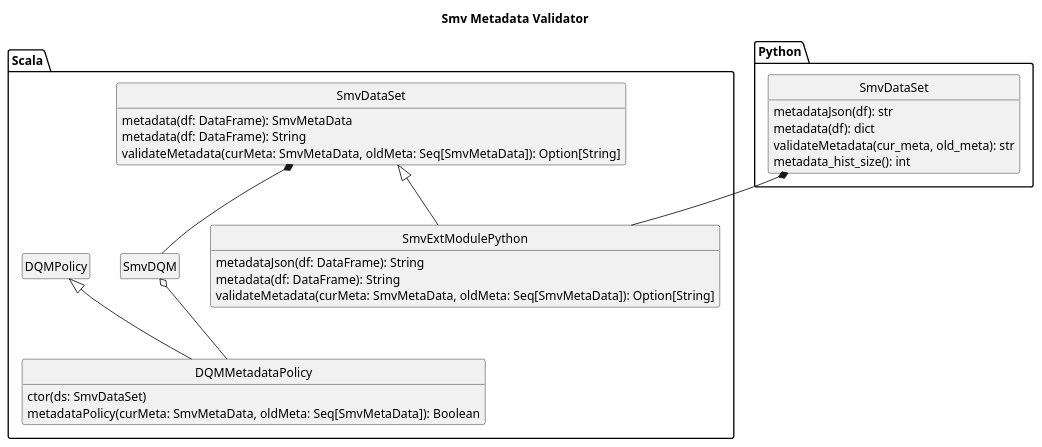
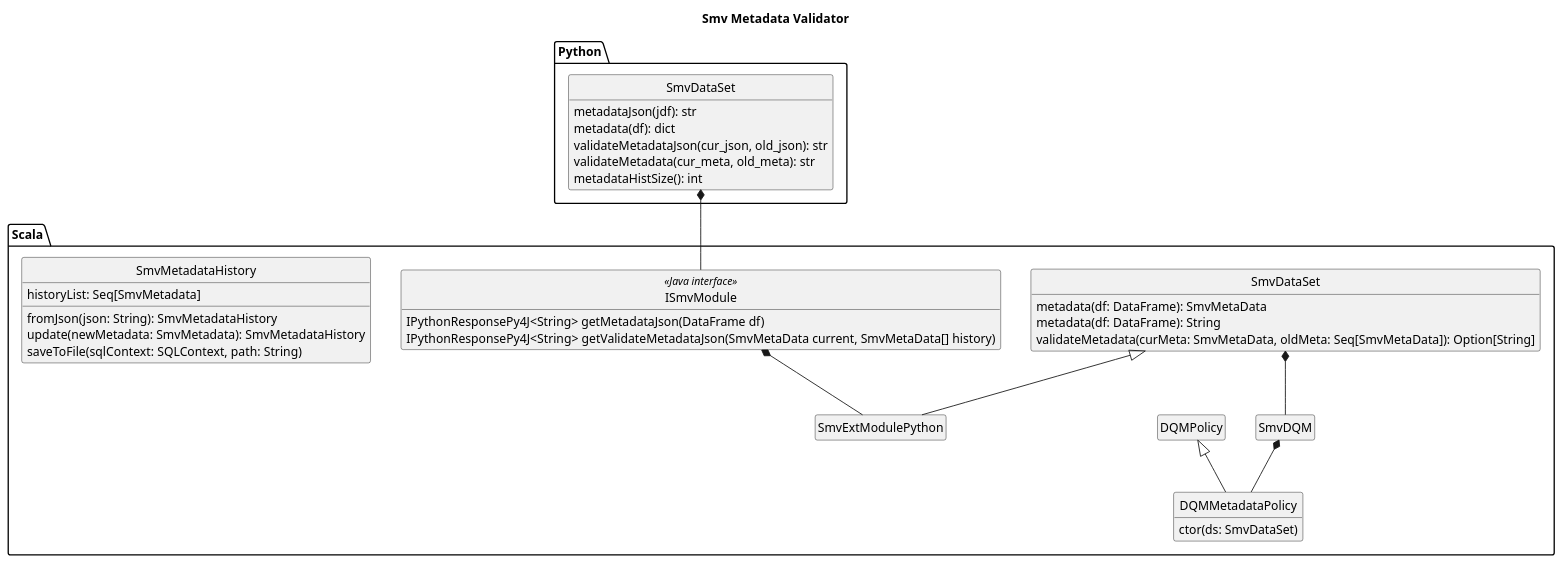
One commit to TresAmigosSD/SMV changed the diagram in docs/dev/Validator/validator_cls.puml. Above: the diagram before and after it, drawn with PlantUML. The commit also changed 1 other file, not shown here.

Commit message:
update metadata validation dev docs (#1000)

```diff
--- a/docs/dev/Validator/validator_cls.puml
+++ b/docs/dev/Validator/validator_cls.puml
@@ -1,41 +1,50 @@
 @startuml
 
 title Smv Metadata Validator
 
 hide empty methods
 hide empty fields
 hide circle
 
 package Scala {
   class Scala.SmvDataSet {
     metadata(df: DataFrame): SmvMetaData
     metadata(df: DataFrame): String
     validateMetadata(curMeta: SmvMetaData, oldMeta: Seq[SmvMetaData]): Option[String]
   }
 
-  class SmvExtModulePython extends Scala.SmvDataSet {
-    metadataJson(df: DataFrame): String
-    metadata(df: DataFrame): String
-    validateMetadata(curMeta: SmvMetaData, oldMeta: Seq[SmvMetaData]): Option[String]
-  }
+  class SmvExtModulePython extends Scala.SmvDataSet
 
   class DQMMetadataPolicy extends DQMPolicy {
     ctor(ds: SmvDataSet)
-    metadataPolicy(curMeta: SmvMetaData, oldMeta: Seq[SmvMetaData]): Boolean
+  }
+
+  class ISmvModule <<Java interface>> {
+    IPythonResponsePy4J<String> getMetadataJson(DataFrame df)
+    IPythonResponsePy4J<String> getValidateMetadataJson(SmvMetaData current, SmvMetaData[] history)
   }
 
   Scala.SmvDataSet *-- SmvDQM
-  SmvDQM o-- DQMMetadataPolicy
+  SmvDQM *-- DQMMetadataPolicy
+  ISmvModule *-- SmvExtModulePython
+
+  class SmvMetadataHistory {
+    historyList: Seq[SmvMetadata]
+    fromJson(json: String): SmvMetadataHistory
+    update(newMetadata: SmvMetadata): SmvMetadataHistory
+    saveToFile(sqlContext: SQLContext, path: String)
+  }
 }
 
 package Python {
   class Python.SmvDataSet {
-    metadataJson(df): str
+    metadataJson(jdf): str
     metadata(df): dict
+    validateMetadataJson(cur_json, old_json): str
     validateMetadata(cur_meta, old_meta): str
-    metadata_hist_size(): int
+    metadataHistSize(): int
   }
-  Python.SmvDataSet *-- SmvExtModulePython
+  Python.SmvDataSet *-- ISmvModule
 }
 
 @enduml
```
